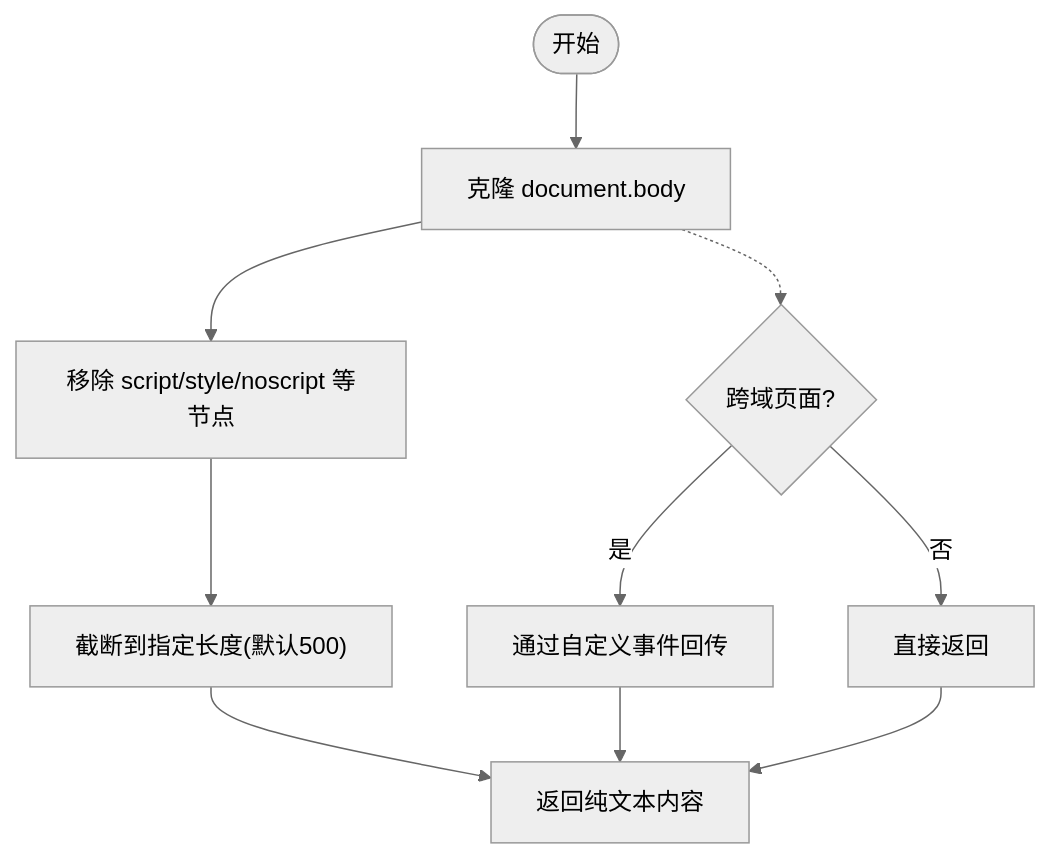
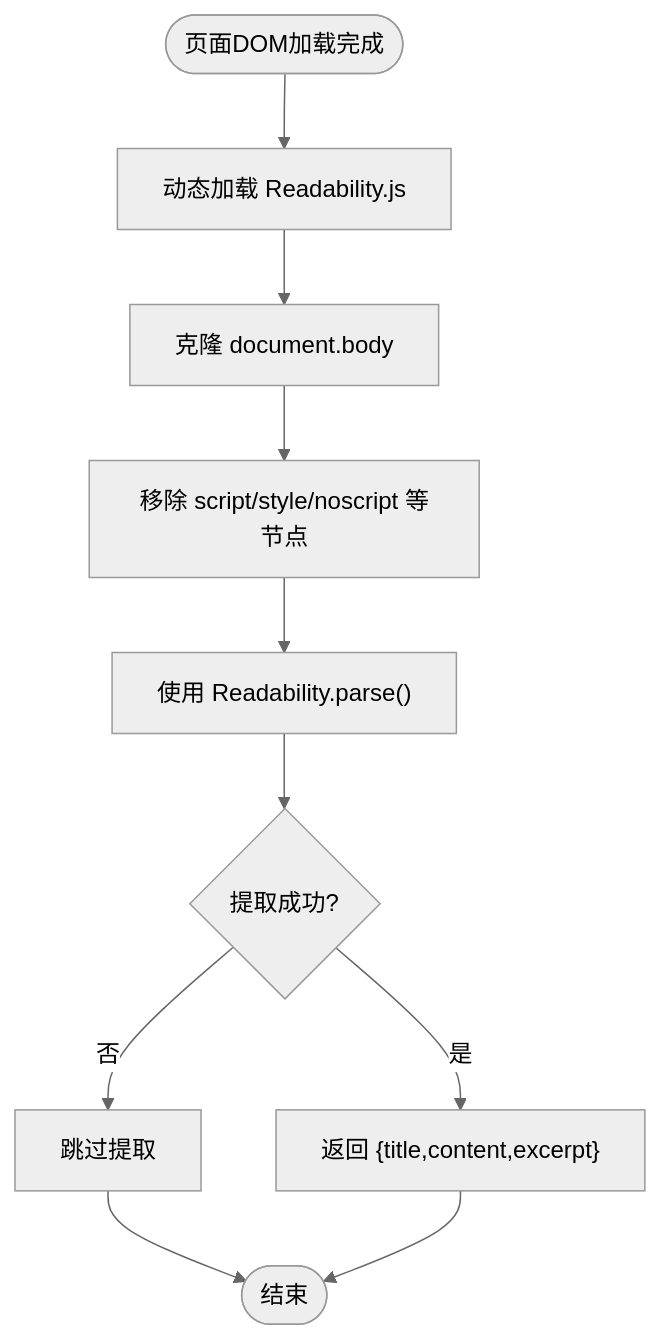
One commit to baike08/cosurf changed the fifth of 10 diagrams in .qoder/repowiki/zh/content/浏览器集成/页面上下文提取.md. Above: the diagram before and after it, drawn with Mermaid (neutral theme). The commit also changed other lines of this file and 23 other files, not shown here.

````diff
--- a/.qoder/repowiki/zh/content/浏览器集成/页面上下文提取.md
+++ b/.qoder/repowiki/zh/content/浏览器集成/页面上下文提取.md
@@ -166,12 +283,12 @@
 ```mermaid
 flowchart TD
-Start(["开始"]) --> Clone["克隆 document.body"]
-Clone --> Filter["移除 script/style/noscript 等节点"]
-Filter --> Trim["截断到指定长度(默认500)"]
-Trim --> Return["返回纯文本内容"]
-Clone -.-> CrossOrigin{"跨域页面?"}
-CrossOrigin --> |是| Event["通过自定义事件回传"]
-CrossOrigin --> |否| Direct["直接返回"]
-Event --> Return
-Direct --> Return
+Start(["页面DOM加载完成"]) --> LoadReadability["动态加载 Readability.js"]
+LoadReadability --> CloneDoc["克隆 document.body"]
+CloneDoc --> RemoveNodes["移除 script/style/noscript 等节点"]
+RemoveNodes --> ParseArticle["使用 Readability.parse()"]
+ParseArticle --> CheckResult{"提取成功?"}
+CheckResult --> |否| Skip["跳过提取"]
+CheckResult --> |是| Return["返回 {title,content,excerpt}"]
+Skip --> End(["结束"])
+Return --> End
 ```
````
